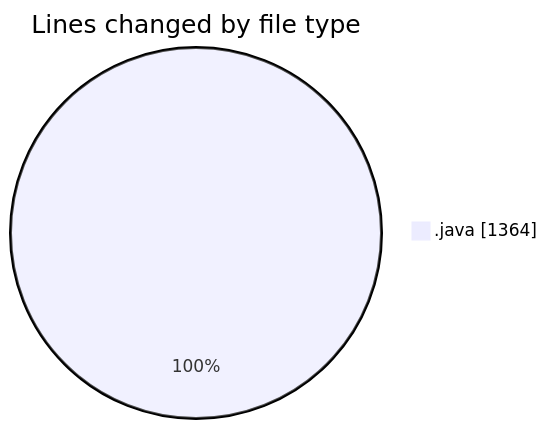
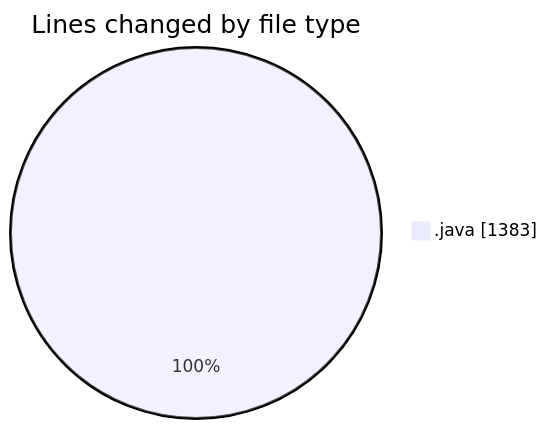
The first of 2 diagrams in 2026-03-16/cilofertascomerciales/README.md (ricardozamudiocil/code-tracking), drawn with Mermaid before and after one commit. The commit also changed other lines of this file and 1 other file, not shown here.

````diff
--- a/2026-03-16/cilofertascomerciales/README.md
+++ b/2026-03-16/cilofertascomerciales/README.md
@@ -22,5 +22,5 @@
 ```mermaid
 pie showData
 title Lines changed by file type
-".java" : 1364
+".java" : 1383
 ```
````
